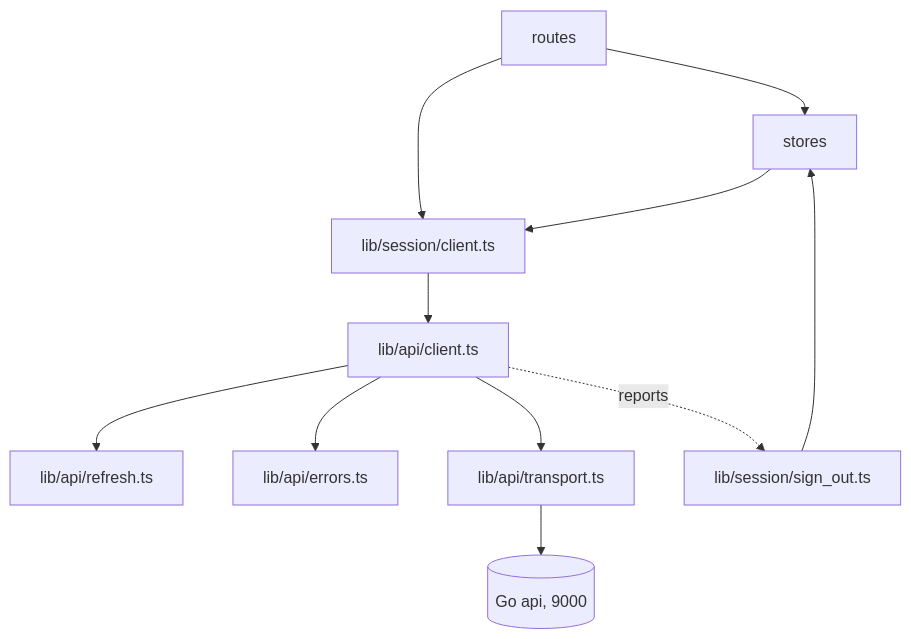
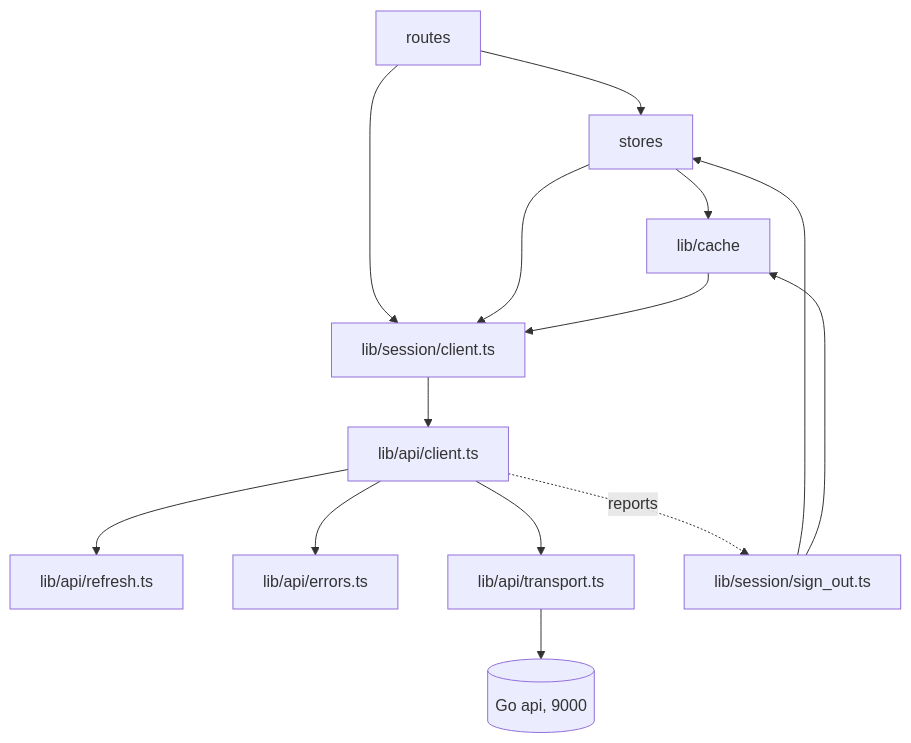
The second of 4 diagrams in frontend/HLD.md (prothegee/ottodot-trial-booking_seat), drawn with Mermaid before and after one commit. The commit also changed other lines of this file, not shown here.

Commit message:
add cache to high level design

````diff
--- a/frontend/HLD.md
+++ b/frontend/HLD.md
@@ -26,13 +26,16 @@
 ```mermaid
 flowchart TD
     routes[routes] --> stores[stores]
     routes --> session[lib/session/client.ts]
+    stores --> cache[lib/cache]
     stores --> session
+    cache --> session
     session --> client[lib/api/client.ts]
     client --> refresh[lib/api/refresh.ts]
     client --> errors[lib/api/errors.ts]
     client --> transport[lib/api/transport.ts]
     transport --> api[(Go api, 9000)]
     signout[lib/session/sign_out.ts] --> stores
+    signout --> cache
     client -.->|reports| signout
 ```
````
